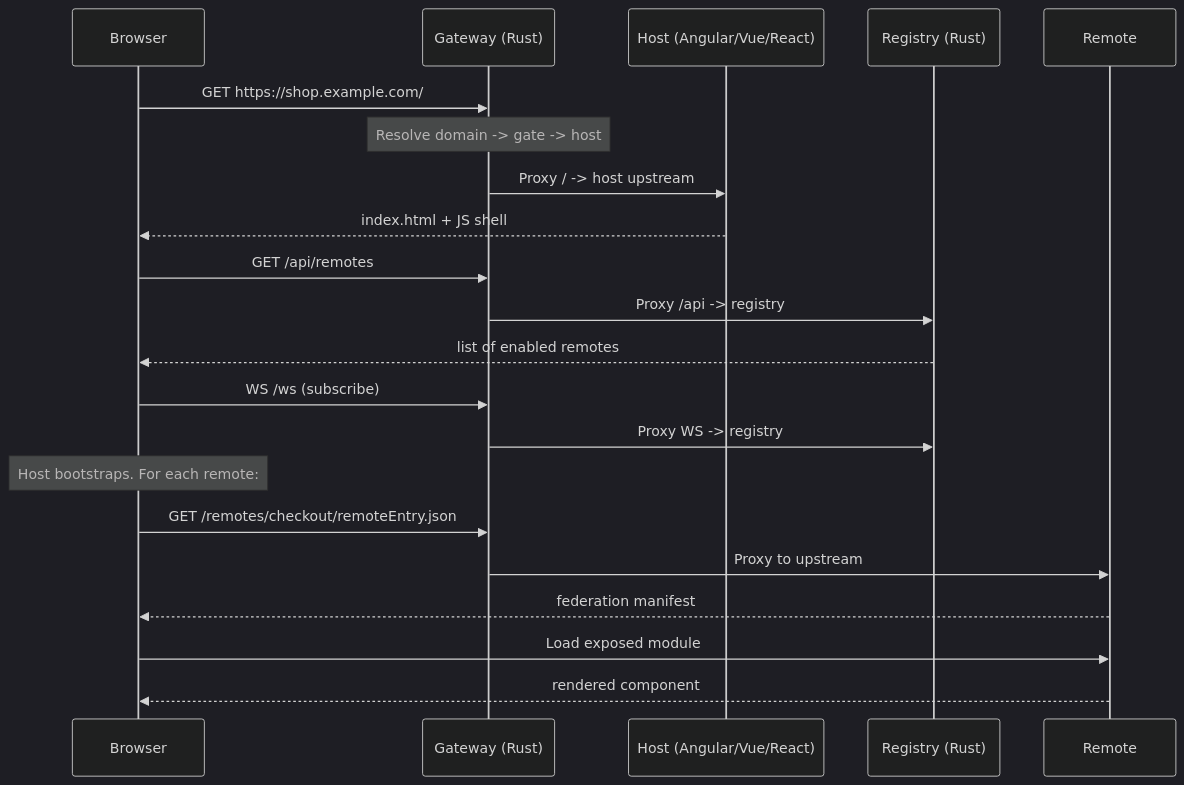
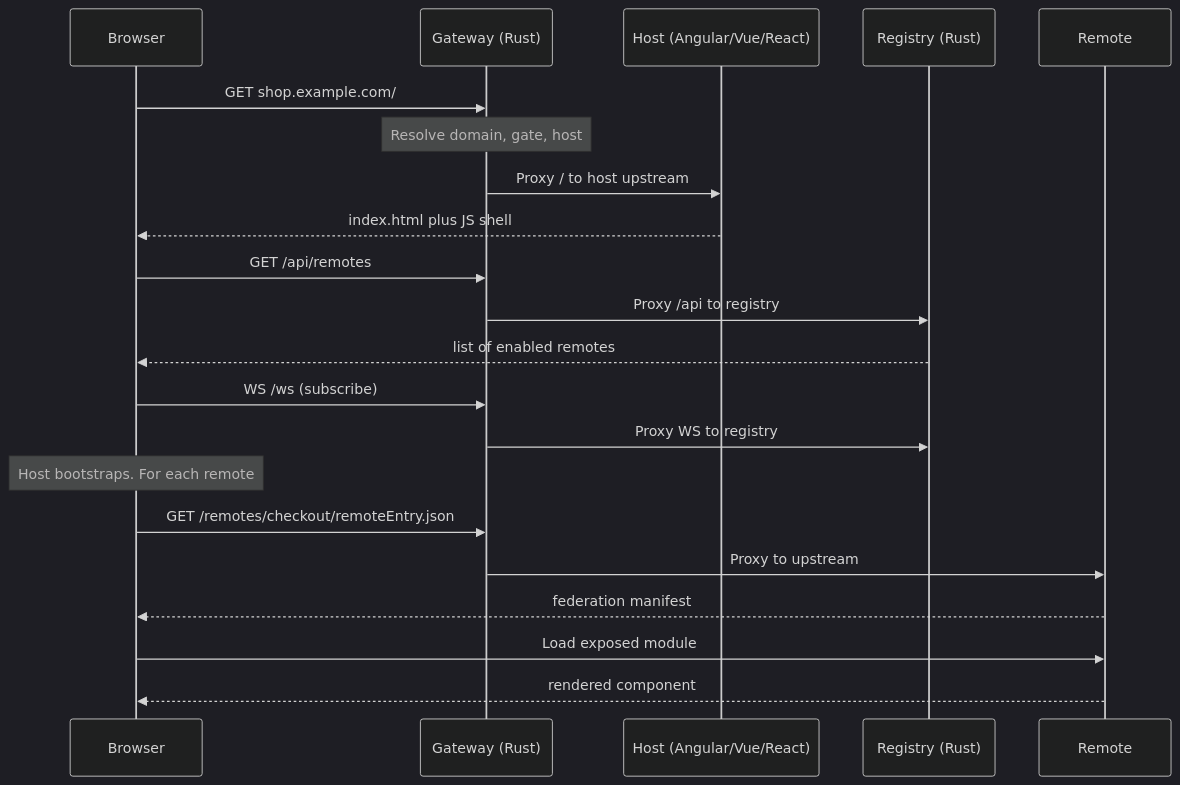
Before and after one commit to Bimo-dk/nexus: the first of 2 diagrams in docs/getting-started/architecture.md, drawn with Mermaid (dark theme). The commit also changed 5 other files, not shown here.

First line of the commit message:
docs: rewrite README and fix mermaid parse errors for v1 multi-framework

````diff
--- a/docs/getting-started/architecture.md
+++ b/docs/getting-started/architecture.md
@@ -21,24 +21,24 @@
 ```mermaid
 sequenceDiagram
   participant B as Browser
   participant G as Gateway (Rust)
   participant H as Host (Angular/Vue/React)
   participant R as Registry (Rust)
   participant Rem as Remote
 
-  B->>G: GET https://shop.example.com/
-  Note over G: Resolve domain -> gate -> host
-  G->>H: Proxy / -> host upstream
-  H-->>B: index.html + JS shell
+  B->>G: GET shop.example.com/
+  Note over G: Resolve domain, gate, host
+  G->>H: Proxy / to host upstream
+  H-->>B: index.html plus JS shell
   B->>G: GET /api/remotes
-  G->>R: Proxy /api -> registry
+  G->>R: Proxy /api to registry
   R-->>B: list of enabled remotes
   B->>G: WS /ws (subscribe)
-  G->>R: Proxy WS -> registry
-  Note over B: Host bootstraps. For each remote:
+  G->>R: Proxy WS to registry
+  Note over B: Host bootstraps. For each remote
   B->>G: GET /remotes/checkout/remoteEntry.json
   G->>Rem: Proxy to upstream
   Rem-->>B: federation manifest
   B->>Rem: Load exposed module
   Rem-->>B: rendered component
 ```
````
